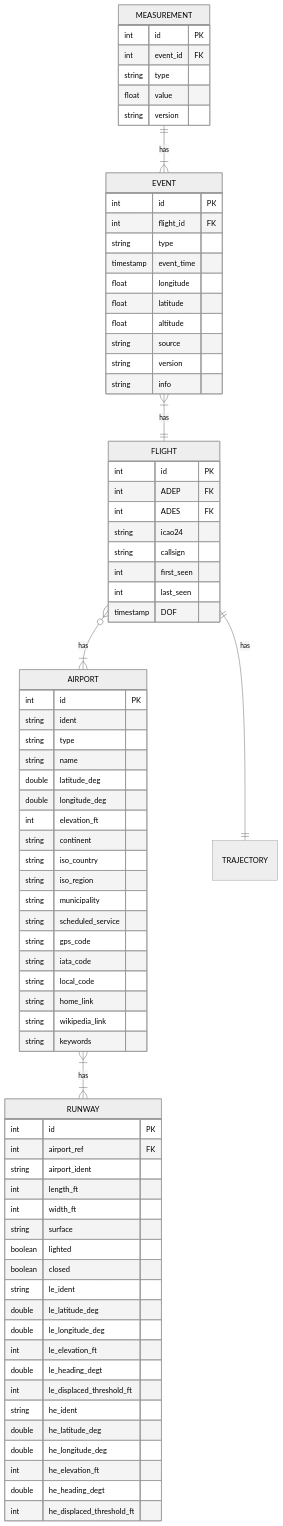
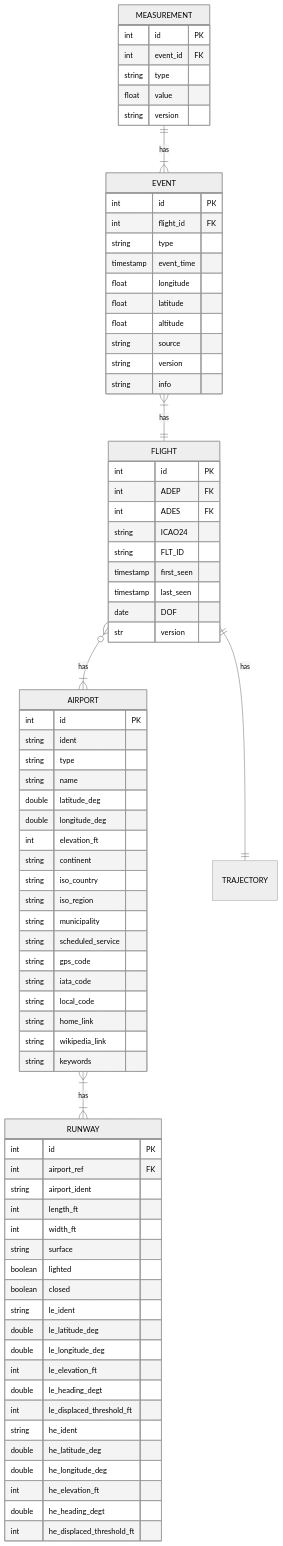
Before and after one commit to euctrl-pru/opdi-portal: the diagram in data.qmd, drawn with Mermaid (neutral theme). The commit also changed other lines of this file and 14 other files, not shown here.

```diff
--- a/data.qmd
+++ b/data.qmd
@@ -100,11 +107,12 @@
         int id PK
         int ADEP FK
         int ADES FK
-        string icao24
-        string callsign
-        int first_seen
-        int last_seen
-        timestamp DOF
+        string ICAO24
+        string FLT_ID
+        timestamp first_seen
+        timestamp last_seen
+        date DOF
+        str version
     }
     AIRPORT {
         int id PK
```
